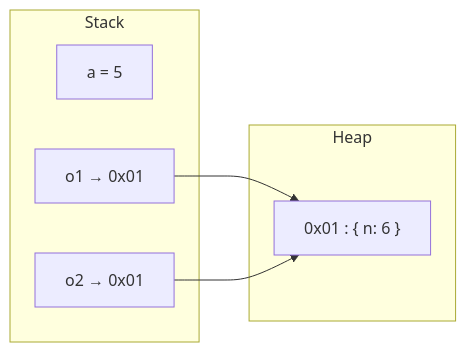
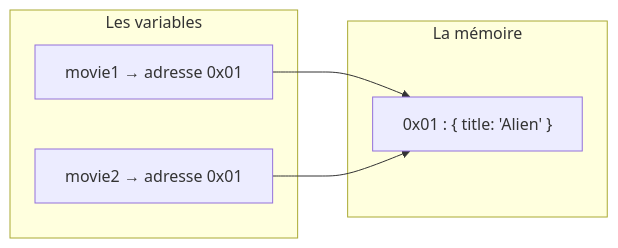
One commit to galsen-76/Informatique- changed the diagram in 03-Langage/Theorie-Generale/TG-02-Memoire-Valeur-Reference.md. Above: the diagram before and after it, drawn with Mermaid. The commit also changed other lines of this file and 7 other files, not shown here.

````diff
--- a/03-Langage/Theorie-Generale/TG-02-Memoire-Valeur-Reference.md
+++ b/03-Langage/Theorie-Generale/TG-02-Memoire-Valeur-Reference.md
@@ -57,13 +45,12 @@
 ```mermaid
 flowchart LR
-  subgraph Stack
-    a["a = 5"]
-    o1["o1 → 0x01"]
-    o2["o2 → 0x01"]
+  subgraph VAR["Les variables"]
+    m1["movie1 → adresse 0x01"]
+    m2["movie2 → adresse 0x01"]
   end
-  subgraph Heap
-    obj["0x01 : { n: 6 }"]
+  subgraph MEM["La mémoire"]
+    obj["0x01 : { title: 'Alien' }"]
   end
-  o1 --> obj
-  o2 --> obj
+  m1 --> obj
+  m2 --> obj
 ```
````
